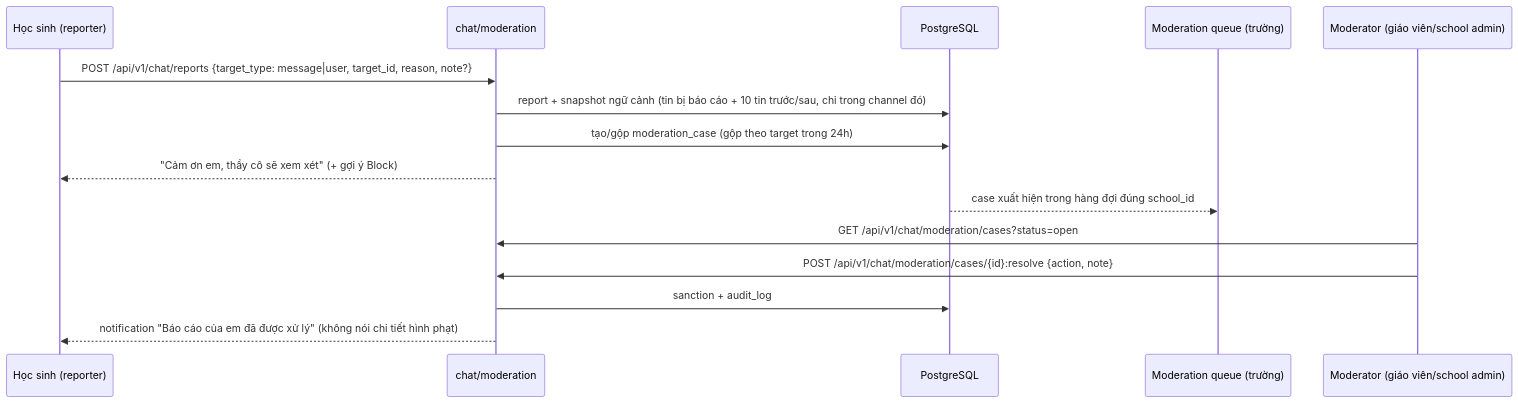
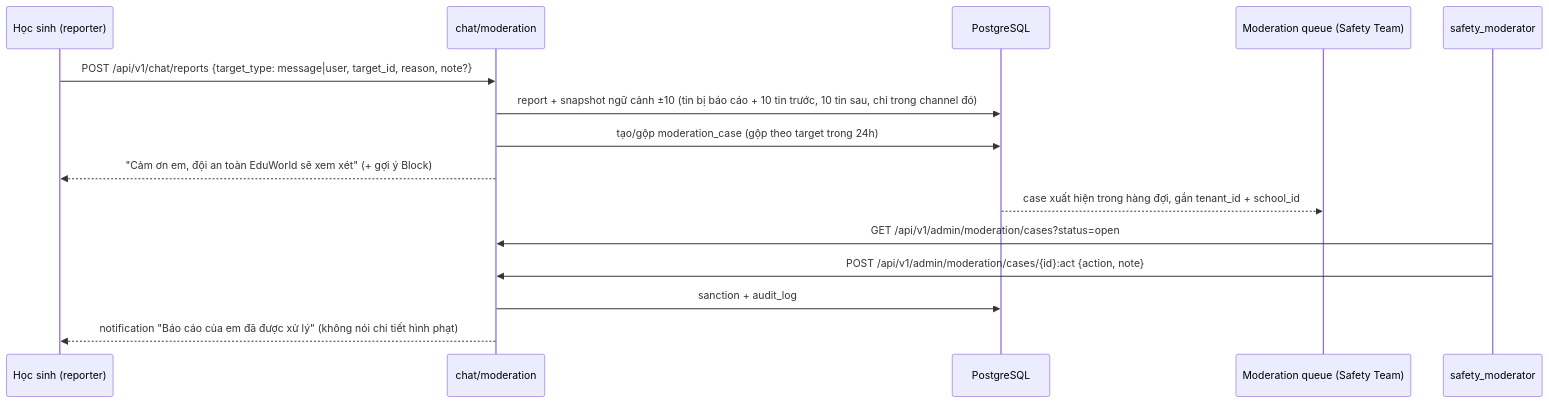
Before and after one commit to tanguyen2020/eduworld-platform: the second of 3 diagrams in docs/03-social-multiplayer/MODERATION.md, drawn with Mermaid. The commit also changed other lines of this file and 922 other files, not shown here.

````diff
--- a/docs/03-social-multiplayer/MODERATION.md
+++ b/docs/03-social-multiplayer/MODERATION.md
@@ -133,17 +142,17 @@
 ```mermaid
 sequenceDiagram
   participant S as Học sinh (reporter)
   participant API as chat/moderation
   participant PG as PostgreSQL
-  participant Q as Moderation queue (trường)
-  participant M as Moderator (giáo viên/school admin)
+  participant Q as Moderation queue (Safety Team)
+  participant M as safety_moderator
   S->>API: POST /api/v1/chat/reports {target_type: message|user, target_id, reason, note?}
-  API->>PG: report + snapshot ngữ cảnh (tin bị báo cáo + 10 tin trước/sau, chỉ trong channel đó)
+  API->>PG: report + snapshot ngữ cảnh ±10 (tin bị báo cáo + 10 tin trước, 10 tin sau, chỉ trong channel đó)
   API->>PG: tạo/gộp moderation_case (gộp theo target trong 24h)
-  API-->>S: "Cảm ơn em, thầy cô sẽ xem xét" (+ gợi ý Block)
-  PG-->>Q: case xuất hiện trong hàng đợi đúng school_id
-  M->>API: GET /api/v1/chat/moderation/cases?status=open
-  M->>API: POST /api/v1/chat/moderation/cases/{id}:resolve {action, note}
+  API-->>S: "Cảm ơn em, đội an toàn EduWorld sẽ xem xét" (+ gợi ý Block)
+  PG-->>Q: case xuất hiện trong hàng đợi, gắn tenant_id + school_id
+  M->>API: GET /api/v1/admin/moderation/cases?status=open
+  M->>API: POST /api/v1/admin/moderation/cases/{id}:act {action, note}
   API->>PG: sanction + audit_log
   API-->>S: notification "Báo cáo của em đã được xử lý" (không nói chi tiết hình phạt)
 ```
````
